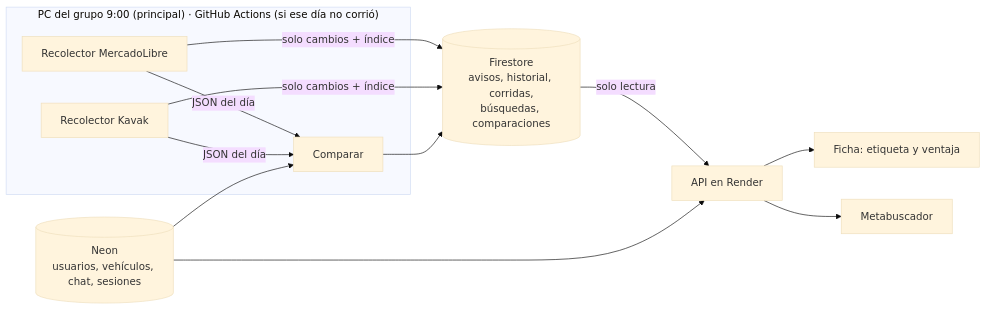
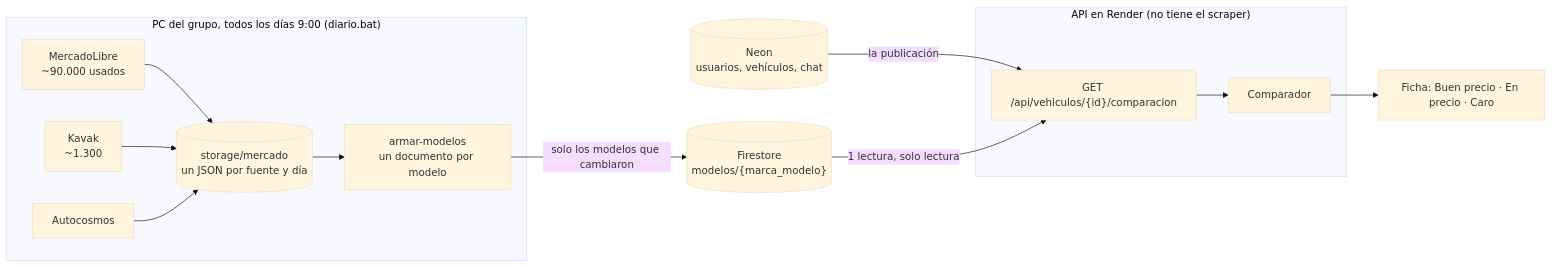
Before and after one commit to MateoPonti/AutoCarBackend: the first of 3 diagrams in docs/arquitectura-scraper.md, drawn with Mermaid (base theme). The commit also changed other lines of this file and 2 other files, not shown here.

Commit message:
docs(comparador): arquitectura con diagramas, datos de cada sitio y pendientes

````diff
--- a/docs/arquitectura-scraper.md
+++ b/docs/arquitectura-scraper.md
@@ -51,19 +18,24 @@
 ```mermaid
 flowchart LR
-  subgraph R["PC del grupo 9:00 (principal) · GitHub Actions (si ese día no corrió)"]
-    ML["Recolector MercadoLibre"]
-    KV["Recolector Kavak"]
-    CMP["Comparar"]
+  subgraph PC["PC del grupo, todos los días 9:00 (diario.bat)"]
+    ML["MercadoLibre<br/>~90.000 usados"]
+    KV["Kavak<br/>~1.300"]
+    AC["Autocosmos"]
+    J[("storage/mercado<br/>un JSON por fuente y día")]
+    ARM["armar-modelos<br/>un documento por modelo"]
+    ML --> J
+    KV --> J
+    AC --> J
+    J --> ARM
   end
-  ML -->|"solo cambios + índice"| FS
-  KV -->|"solo cambios + índice"| FS
-  ML -->|"JSON del día"| CMP
-  KV -->|"JSON del día"| CMP
-  FS[("Firestore<br/>avisos, historial, corridas,<br/>búsquedas, comparaciones")]
-  NEON[("Neon<br/>usuarios, vehículos, chat, sesiones")] --> CMP
-  CMP --> FS
-  FS -->|"solo lectura"| API["API en Render"]
-  NEON --> API
-  API --> FICHA["Ficha: etiqueta y ventaja"]
-  API --> META["Metabuscador"]
+  ARM -->|"solo los modelos que cambiaron"| FS[("Firestore<br/>modelos/{marca_modelo}")]
+  NEON[("Neon<br/>usuarios, vehículos, chat")]
+  subgraph RENDER["API en Render (no tiene el scraper)"]
+    CTRL["GET /api/vehiculos/{id}/comparacion"]
+    CMP["Comparador"]
+    CTRL --> CMP
+  end
+  NEON -->|"la publicación"| CTRL
+  FS -->|"1 lectura, solo lectura"| CTRL
+  CMP --> FICHA["Ficha: Buen precio · En precio · Caro"]
 ```
````
